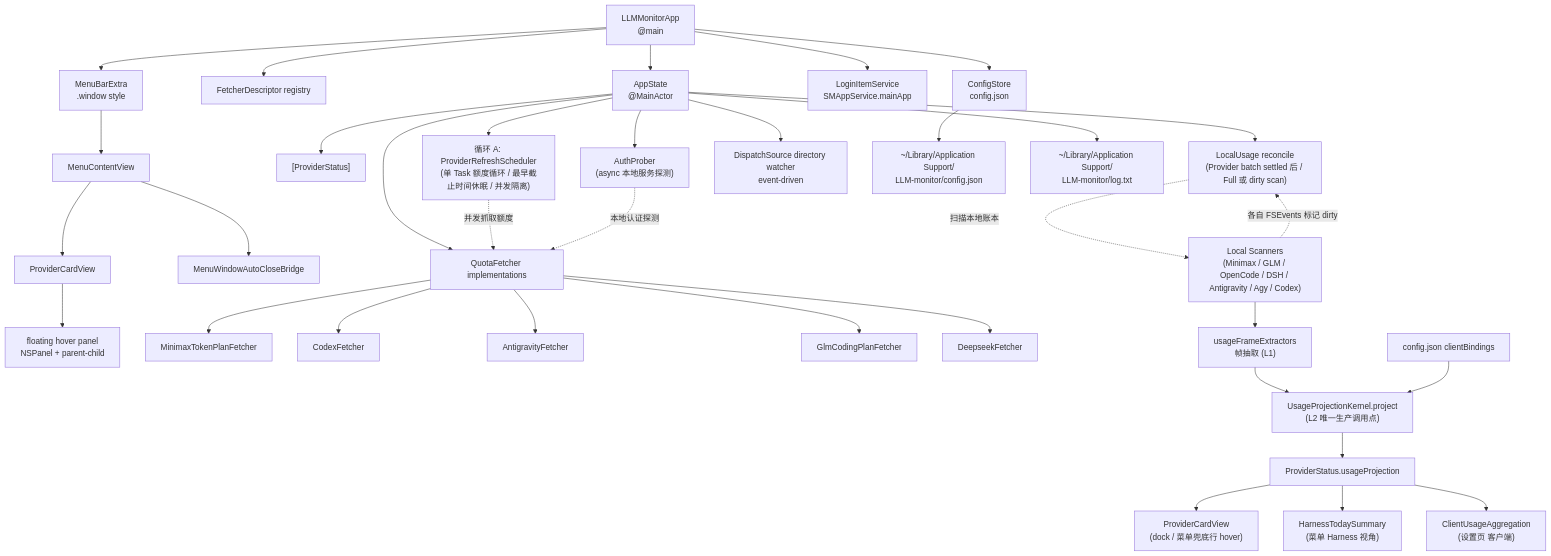
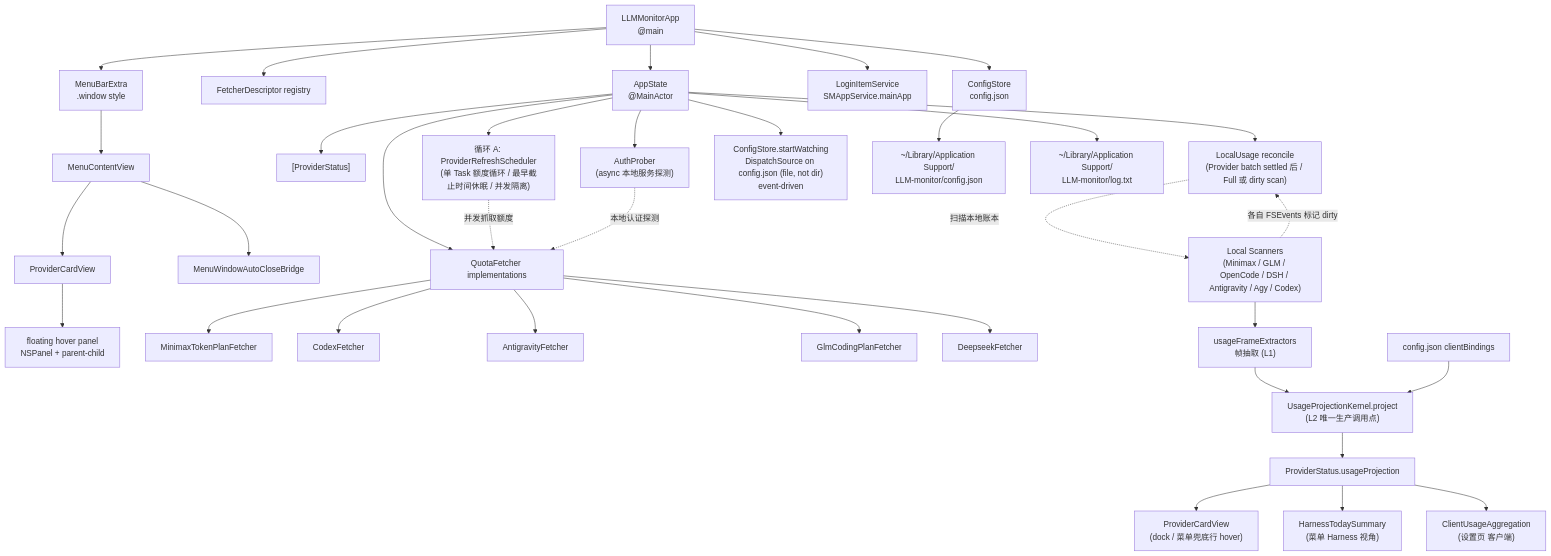
Before and after one commit to bigboyq/LLM-monitor: the diagram in spec/overview.md, drawn with Mermaid. The commit also changed other lines of this file and 13 other files, not shown here.

````diff
--- a/spec/overview.md
+++ b/spec/overview.md
@@ -201,42 +213,42 @@
 ```mermaid
 flowchart TD
   App["LLMMonitorApp\n@main"] --> MenuBar["MenuBarExtra\n.window style"]
   App --> Descriptors["FetcherDescriptor registry"]
   App --> ConfigStore["ConfigStore\nconfig.json"]
   App --> LoginItem["LoginItemService\nSMAppService.mainApp"]
   App --> AppState["AppState\n@MainActor"]
 
   MenuBar --> MenuContentView["MenuContentView"]
   MenuContentView --> ProviderCardView["ProviderCardView"]
   MenuContentView --> AutoClose["MenuWindowAutoCloseBridge"]
   ProviderCardView --> HoverPanel["floating hover panel\nNSPanel + parent-child"]
 
   AppState --> Statuses["[ProviderStatus]"]
   AppState --> LoopA["循环 A: ProviderRefreshScheduler\n(单 Task 额度循环 / 最早截止时间休眠 / 并发隔离)"]
   AppState --> Reconcile["LocalUsage reconcile\n(Provider batch settled 后 / Full 或 dirty scan)"]
   AppState --> Prober["AuthProber\n(async 本地服务探测)"]
-  AppState --> Watcher["DispatchSource directory watcher\nevent-driven"]
+  AppState --> Watcher["ConfigStore.startWatching\nDispatchSource on config.json (file, not dir)\nevent-driven"]
   AppState --> Fetchers["QuotaFetcher implementations"]
 
   LoopA -. 并发抓取额度 .-> Fetchers
   Prober -. 本地认证探测 .-> Fetchers
   Reconcile -. 扫描本地账本 .-> Scanners["Local Scanners\n(Minimax / GLM / OpenCode / DSH / Antigravity / Agy / Codex)"]
   Scanners -. 各自 FSEvents 标记 dirty .-> Reconcile
 
   Fetchers --> Minimax["MinimaxTokenPlanFetcher"]
   Fetchers --> Codex["CodexFetcher"]
   Fetchers --> Antigravity["AntigravityFetcher"]
   Fetchers --> GLM["GlmCodingPlanFetcher"]
   Fetchers --> Deepseek["DeepseekFetcher"]
 
   Scanners --> Frames["usageFrameExtractors\n帧抽取 (L1)"]
   Frames --> Kernel["UsageProjectionKernel.project\n(L2 唯一生产调用点)"]
   ConfigBindings["config.json clientBindings"] --> Kernel
   Kernel --> Projection["ProviderStatus.usageProjection"]
   Projection --> ProviderCard["ProviderCardView\n(dock / 菜单兜底行 hover)"]
   Projection --> Harness["HarnessTodaySummary\n(菜单 Harness 视角)"]
   Projection --> ClientsPane["ClientUsageAggregation\n(设置页 客户端)"]
 
   ConfigStore --> ConfigFile["~/Library/Application Support/\nLLM-monitor/config.json"]
   AppState --> LogFile["~/Library/Application Support/\nLLM-monitor/log.txt"]
 ```
````
